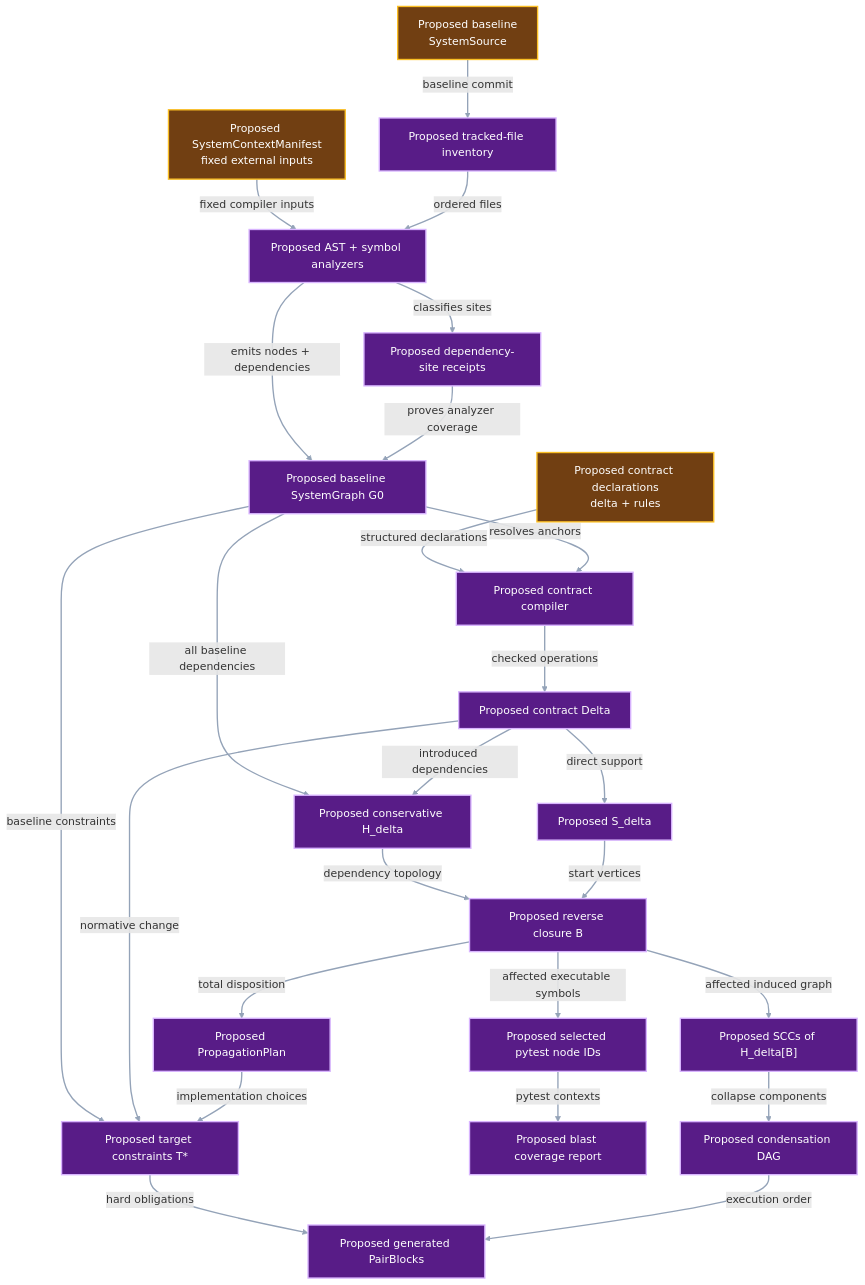
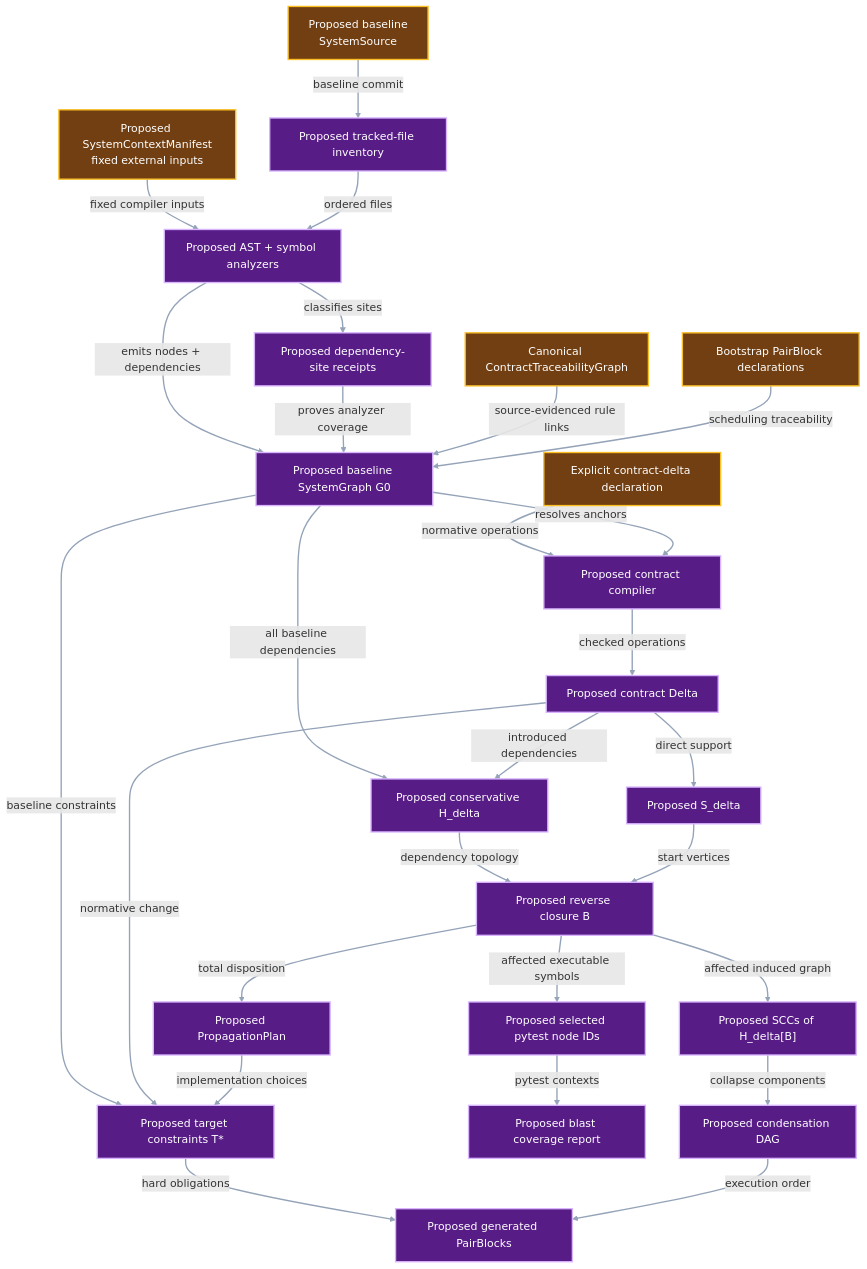
Before and after one commit to pvd232/viper: the second of 3 diagrams in docs/development/system-impact-graph.md, drawn with Mermaid. The commit also changed other lines of this file and 11 other files, not shown here.

Commit message:
System Graph + Contract Traceability updates. Core proof updates

````diff
--- a/docs/development/system-impact-graph.md
+++ b/docs/development/system-impact-graph.md
@@ -198,53 +208,57 @@
 ```mermaid
 flowchart TD
     Baseline["Proposed baseline<br/>SystemSource"]
     Context["Proposed SystemContextManifest<br/>fixed external inputs"]
-    ContractDocs["Proposed contract declarations<br/>delta + rules"]
+    Traceability["Canonical ContractTraceabilityGraph"]
+    DeltaDocs["Explicit contract-delta declaration"]
+    Bootstrap["Bootstrap PairBlock declarations"]
     Inventory["Proposed tracked-file inventory"]
     Analyze["Proposed AST + symbol analyzers"]
     Sites["Proposed dependency-site receipts"]
     Graph["Proposed baseline SystemGraph G0"]
     ContractCompiler["Proposed contract compiler"]
     Delta["Proposed contract Delta"]
     Overlay["Proposed conservative H_delta"]
     Support["Proposed S_delta"]
     Closure["Proposed reverse closure B"]
     SCC["Proposed SCCs of H_delta[B]"]
     DAG["Proposed condensation DAG"]
     Select["Proposed selected pytest node IDs"]
     Coverage["Proposed blast coverage report"]
     Plan["Proposed PropagationPlan"]
     Target["Proposed target constraints T*"]
     Work["Proposed generated PairBlocks"]
 
     Baseline -->|"baseline commit"| Inventory
     Context -->|"fixed compiler inputs"| Analyze
     Inventory -->|"ordered files"| Analyze
     Analyze -->|"classifies sites"| Sites
     Analyze -->|"emits nodes + dependencies"| Graph
     Sites -->|"proves analyzer coverage"| Graph
-    ContractDocs -->|"structured declarations"| ContractCompiler
+    Traceability -->|"source-evidenced rule links"| Graph
+    Bootstrap -->|"scheduling traceability"| Graph
+    DeltaDocs -->|"normative operations"| ContractCompiler
     Graph -->|"resolves anchors"| ContractCompiler
     ContractCompiler -->|"checked operations"| Delta
     Graph -->|"all baseline dependencies"| Overlay
     Delta -->|"introduced dependencies"| Overlay
     Delta -->|"direct support"| Support
     Overlay -->|"dependency topology"| Closure
     Support -->|"start vertices"| Closure
     Closure -->|"affected induced graph"| SCC
     SCC -->|"collapse components"| DAG
     Closure -->|"affected executable symbols"| Select
     Select -->|"pytest contexts"| Coverage
     Closure -->|"total disposition"| Plan
     Graph -->|"baseline constraints"| Target
     Delta -->|"normative change"| Target
     Plan -->|"implementation choices"| Target
     Target -->|"hard obligations"| Work
     DAG -->|"execution order"| Work
 
-    class Baseline,Context,ContractDocs input
+    class Baseline,Context,Traceability,DeltaDocs,Bootstrap input
     class Inventory,Analyze,Sites,Graph,ContractCompiler,Delta,Overlay,Support,Closure,SCC,DAG,Select,Coverage,Plan,Target,Work proposed
     classDef input fill:#713f12,stroke:#fbbf24,color:#ffffff,stroke-width:2px
     classDef proposed fill:#581c87,stroke:#d8b4fe,color:#ffffff,stroke-width:2px
     linkStyle default stroke:#94a3b8,stroke-width:2px
 ```
````
